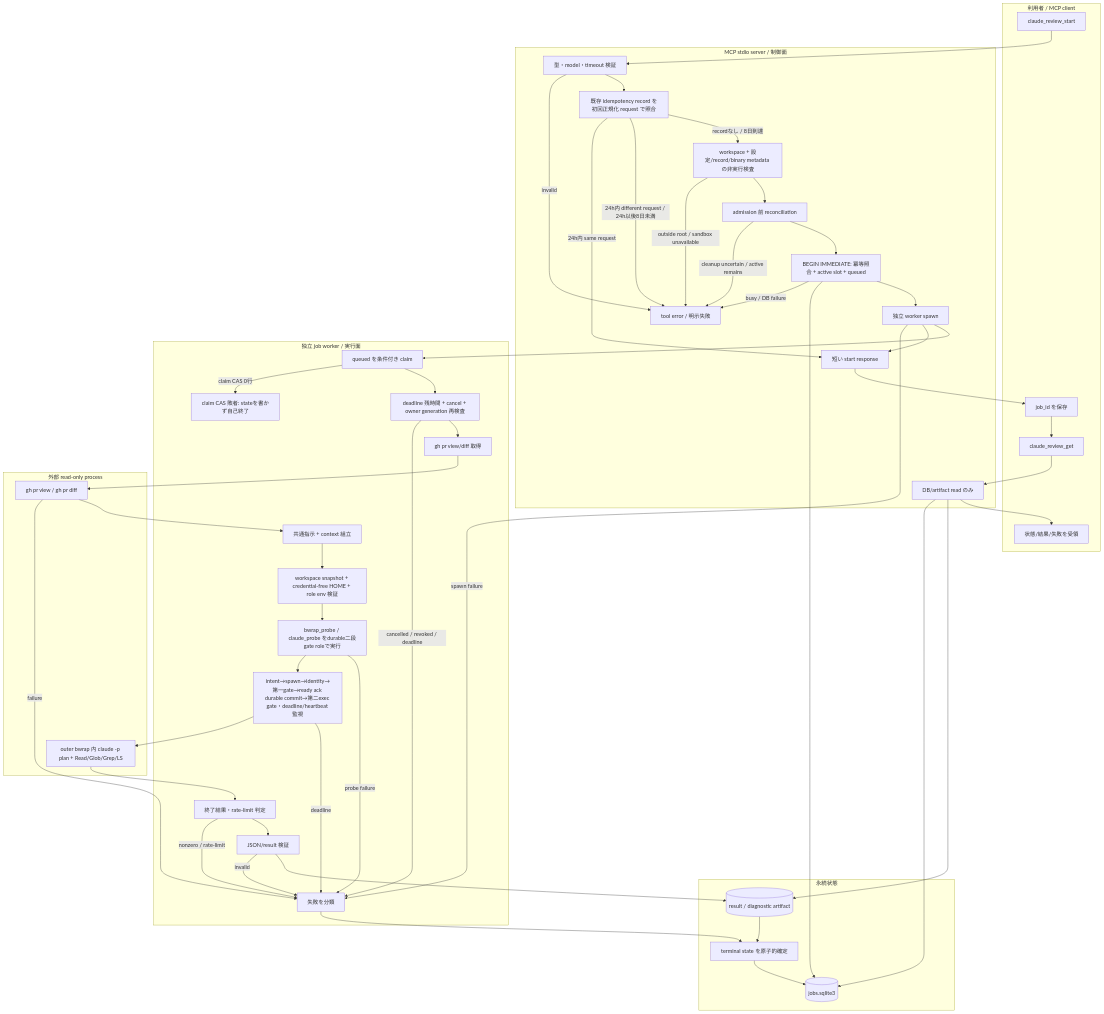
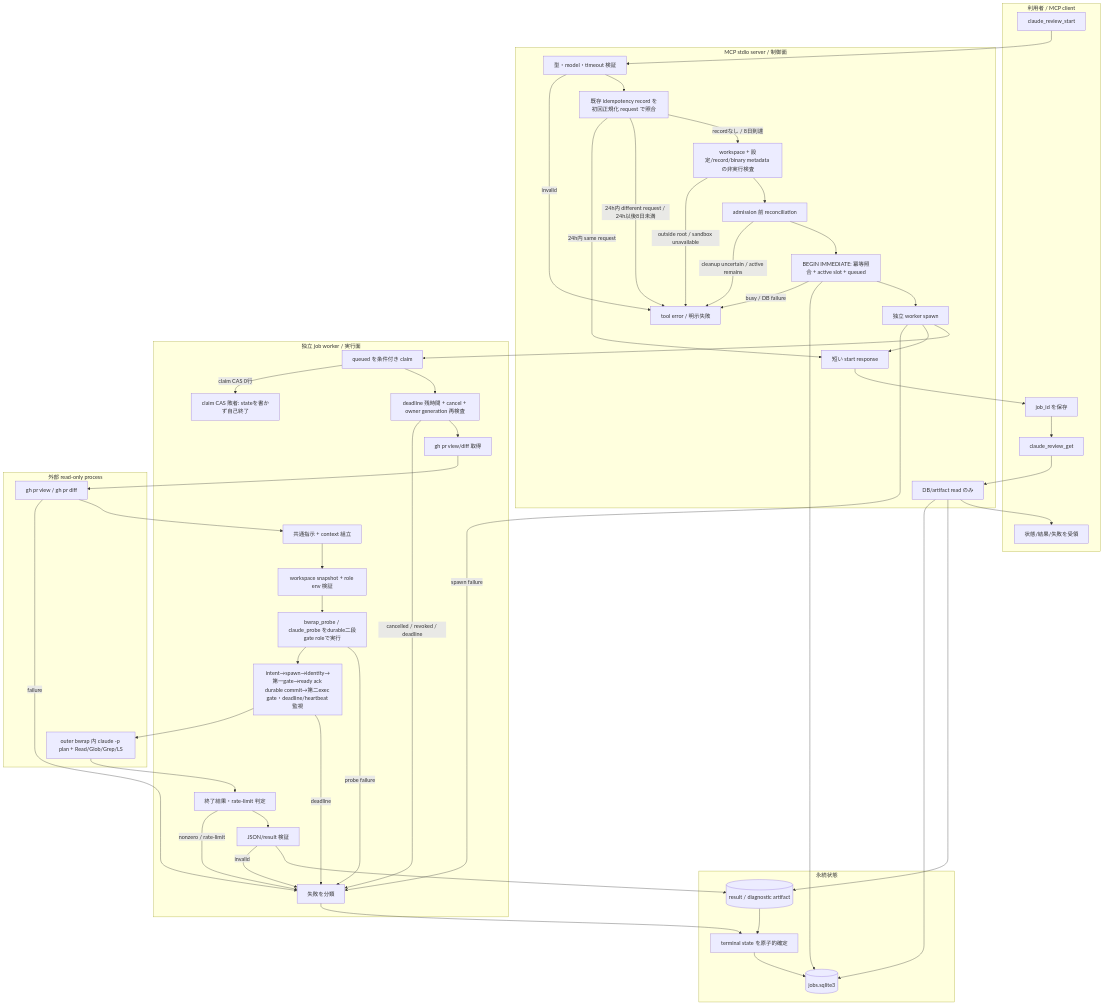
The second of 2 diagrams in docs/design/issue-217-async-claude-review.md (hiratashinnya/review-system), drawn with Mermaid before and after one commit. The commit also changed other lines of this file, not shown here.

````diff
--- a/docs/design/issue-217-async-claude-review.md
+++ b/docs/design/issue-217-async-claude-review.md
@@ -303,82 +309,82 @@
 ```mermaid
 flowchart TD
   subgraph Client[利用者 / MCP client]
     C1[claude_review_start]
     C2[job_id を保存]
     C3[claude_review_get]
     C4[状態/結果/失敗を受領]
   end
 
   subgraph API[MCP stdio server / 制御面]
     A1[型・model・timeout 検証]
     AR[既存 idempotency record を初回正規化 request で照合]
     A2[workspace + 設定/record/binary metadata の非実行検査]
     A3[admission 前 reconciliation]
     A4[BEGIN IMMEDIATE: 冪等照合 + active slot + queued]
     A5[独立 worker spawn]
     A6[短い start response]
     A7[DB/artifact read のみ]
     AE[tool error / 明示失敗]
   end
 
   subgraph Worker[独立 job worker / 実行面]
     W1[queued を条件付き claim]
     W2[deadline 残時間 + cancel + owner generation 再検査]
     W3[gh pr view/diff 取得]
     W4[共通指示 + context 組立]
-    W5[workspace snapshot + credential-free HOME + role env 検証]
+    W5[workspace snapshot + role env 検証]
     WP[bwrap_probe / claude_probe をdurable二段gate roleで実行]
     W6[intent→spawn→identity→第一gate→ready ack durable commit→第二exec gate・deadline/heartbeat 監視]
     WN[claim CAS 敗者: stateを書かず自己終了]
     W7[終了結果・rate-limit 判定]
     W8[JSON/result 検証]
     WF[失敗を分類]
   end
 
   subgraph External[外部 read-only process]
     G[gh pr view / gh pr diff]
     L[outer bwrap 内 claude -p plan + Read/Glob/Grep/LS]
   end
 
   subgraph Store[永続状態]
     S1[(jobs.sqlite3)]
     S2[(result / diagnostic artifact)]
     ST[terminal state を原子的確定]
   end
 
   C1 --> A1
   A1 -->|invalid| AE
   A1 --> AR
   AR -->|24h内 same request| A6
   AR -->|24h内 different request / 24h以後8日未満| AE
   AR -->|recordなし / 8日到達| A2
   A2 -->|outside root / sandbox unavailable| AE
   A2 --> A3
   A3 -->|cleanup uncertain / active remains| AE
   A3 --> A4
   A4 -->|busy / DB failure| AE
   A4 --> S1
   A4 --> A5
   A5 -->|spawn failure| WF
   A5 --> A6 --> C2
   A5 --> W1
   W1 -->|claim CAS 0行| WN
   W1 --> W2
   W2 -->|cancelled / revoked / deadline| WF
   W2 --> W3 --> G
   G -->|failure| WF
   G --> W4 --> W5 --> WP --> W6 --> L
   WP -->|probe failure| WF
   L --> W7
   W6 -->|deadline| WF
   W7 -->|nonzero / rate-limit| WF
   W7 --> W8
   W8 -->|invalid| WF
   W8 --> S2 --> ST
   WF --> ST
   ST --> S1
   C2 --> C3 --> A7
   A7 --> S1
   A7 --> S2
   A7 --> C4
 ```
````
